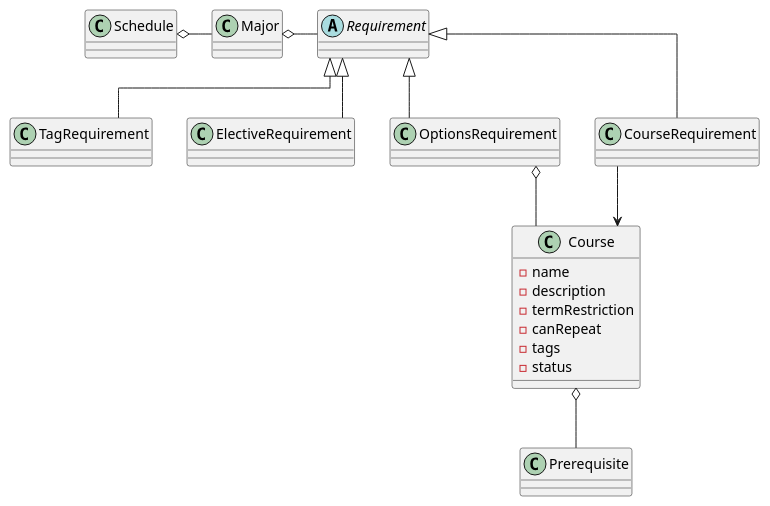
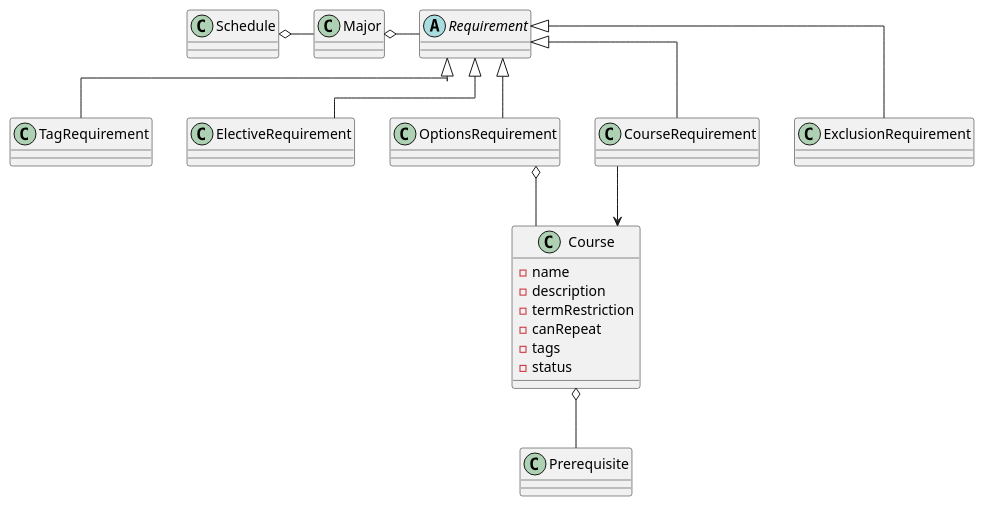
The diagram in scratchWork/entities.puml (sdp-resources/MajorPlanner), drawn with PlantUML before and after one commit.

Commit message:
Add ExclusionRequirement to Requirements subgroup

```diff
--- a/scratchWork/entities.puml
+++ b/scratchWork/entities.puml
@@ -1,28 +1,29 @@
 @startuml
 
 skinparam linetype ortho
 
 class Schedule
 class Major
 abstract class Requirement
 class TagRequirement extends Requirement
 class ElectiveRequirement extends Requirement
 class OptionsRequirement extends Requirement
 class CourseRequirement extends Requirement
+class ExclusionRequirement extends Requirement
 class Course {
    - name
    - description
    - termRestriction
    - canRepeat
    - tags
    - status
 }
 class Prerequisite
 
 Schedule o- Major
 Major o- Requirement
 OptionsRequirement o-- Course
 CourseRequirement --> Course
 Course o-- Prerequisite
 
 @enduml
```
